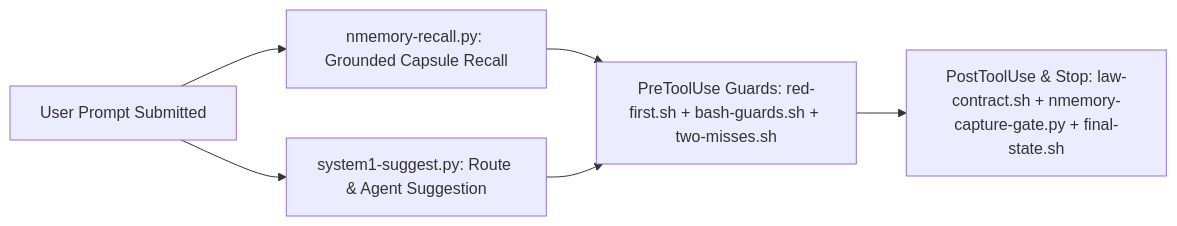
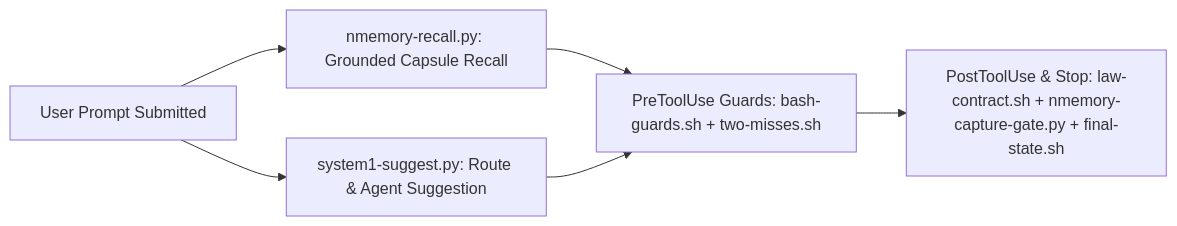
The third of 3 diagrams in docs/ARCHITECTURE.md (menot-you/plugin), drawn with Mermaid before and after one commit. The commit also changed other lines of this file and 450 other files, not shown here.

````diff
--- a/docs/ARCHITECTURE.md
+++ b/docs/ARCHITECTURE.md
@@ -98,8 +98,8 @@
 ```mermaid
 flowchart LR
     A[User Prompt Submitted] --> B[nmemory-recall.py: Grounded Capsule Recall]
     A --> C[system1-suggest.py: Route & Agent Suggestion]
-    B --> D[PreToolUse Guards: red-first.sh + bash-guards.sh + two-misses.sh]
+    B --> D[PreToolUse Guards: bash-guards.sh + two-misses.sh]
     C --> D
     D --> F[PostToolUse & Stop: law-contract.sh + nmemory-capture-gate.py + final-state.sh]
 ```
````
